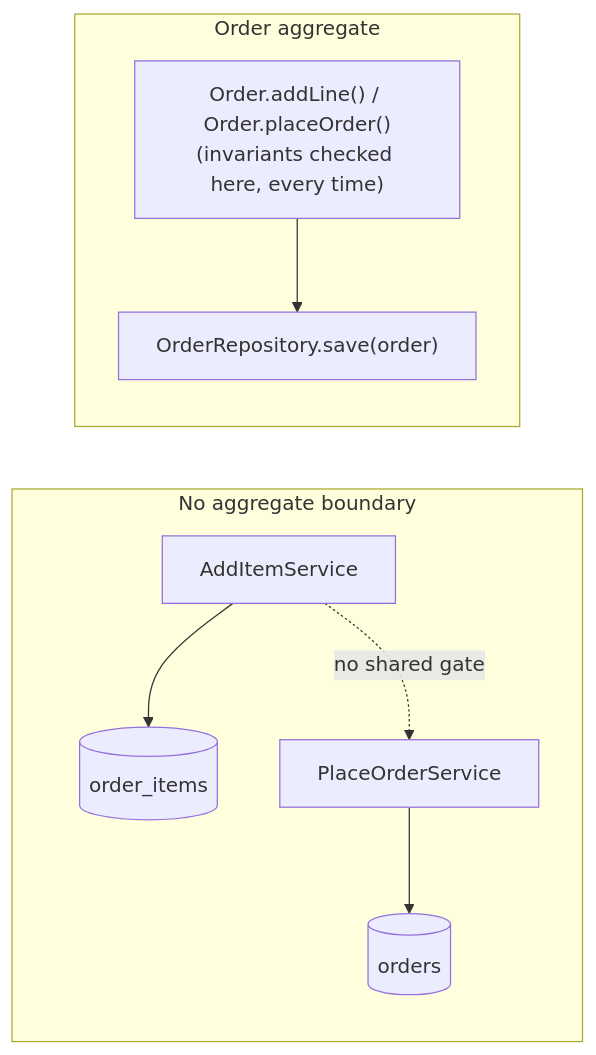
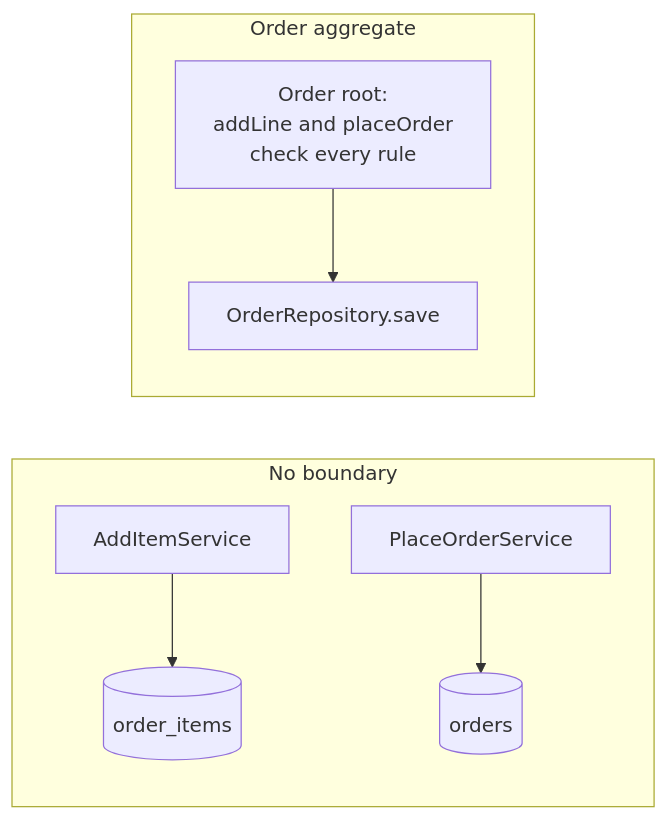
Before and after one commit to francoandreDev/knowledge: the second of 2 diagrams in src/content/architecture/domain-driven-design/L1-summary.mdx, drawn with Mermaid. The commit also changed other lines of this file and 16 other files, not shown here.

Commit message:
Migrate software-design closing units and architecture batch 1 (evolutionary-design, long-term-design-judgment, architecture-styles, domain-driven-design) to the three-tier exercise model

````diff
--- a/src/content/architecture/domain-driven-design/L1-summary.mdx
+++ b/src/content/architecture/domain-driven-design/L1-summary.mdx
@@ -119,11 +103,10 @@
 ```mermaid
 flowchart LR
-    subgraph Before["No aggregate boundary"]
-        A1["AddItemService"] --> T1[("order_items")]
-        A2["PlaceOrderService"] --> T2[("orders")]
-        A1 -.no shared gate.-> A2
+    subgraph Before["No boundary"]
+        S1["AddItemService"] --> T1[("order_items")]
+        S2["PlaceOrderService"] --> T2[("orders")]
     end
     subgraph After["Order aggregate"]
-        R["Order.addLine() / Order.placeOrder()\n(invariants checked here, every time)"] --> Repo["OrderRepository.save(order)"]
+        R["Order root:<br/>addLine and placeOrder<br/>check every rule"] --> Repo["OrderRepository.save"]
     end
 ```
````
